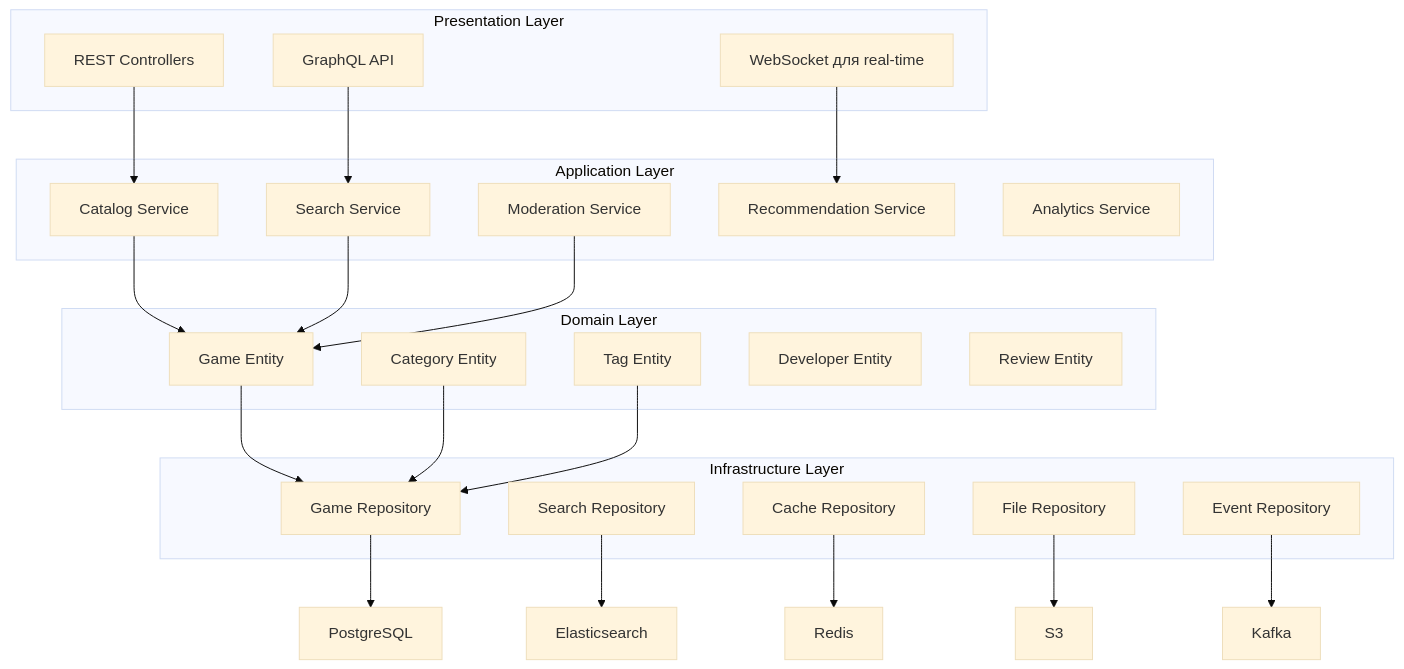
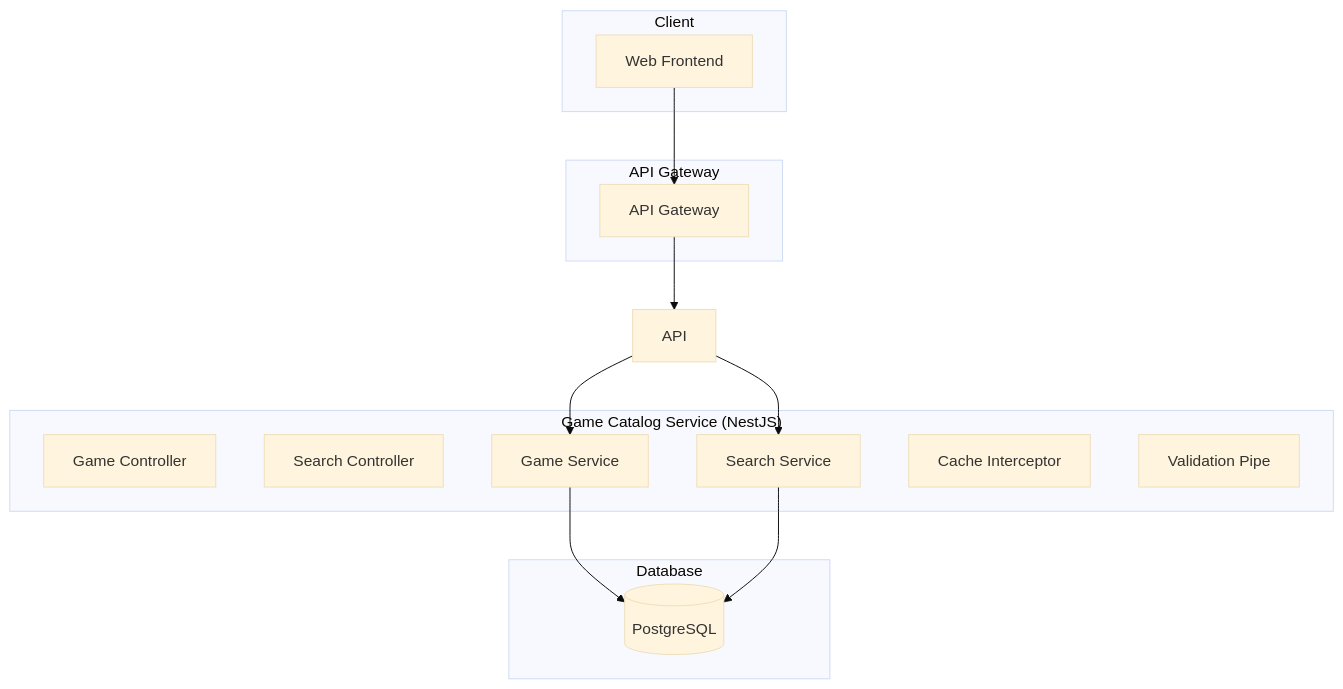
Before and after one commit to wizarding-anonymous/cryo: the diagram in .kiro/specs/game-catalog-service/design.md, drawn with Mermaid (base theme). The commit also changed other lines of this file and 801 other files, not shown here.

````diff
--- a/.kiro/specs/game-catalog-service/design.md
+++ b/.kiro/specs/game-catalog-service/design.md
@@ -88,50 +13,30 @@
 ```mermaid
 graph TB
-    subgraph "Presentation Layer"
-        REST[REST Controllers]
-        GraphQL[GraphQL API]
-        WebSocket[WebSocket для real-time]
+    subgraph "Client"
+        Web[Web Frontend]
     end
     
-    subgraph "Application Layer"
-        CatalogService[Catalog Service]
-        SearchService[Search Service]
-        ModerationService[Moderation Service]
-        RecommendationService[Recommendation Service]
-        AnalyticsService[Analytics Service]
+    subgraph "API Gateway"
+        Gateway[API Gateway]
     end
     
-    subgraph "Domain Layer"
-        Game[Game Entity]
-        Category[Category Entity]
-        Tag[Tag Entity]
-        Developer[Developer Entity]
-        Review[Review Entity]
+    subgraph "Game Catalog Service (NestJS)"
+        GameController[Game Controller]
+        SearchController[Search Controller]
+        GameService[Game Service]
+        SearchService[Search Service]
+        CacheInterceptor[Cache Interceptor]
+        ValidationPipe[Validation Pipe]
     end
     
-    subgraph "Infrastructure Layer"
-        GameRepo[Game Repository]
-        SearchRepo[Search Repository]
-        CacheRepo[Cache Repository]
-        FileRepo[File Repository]
-        EventRepo[Event Repository]
+    subgraph "Database"
+        PostgreSQL[(PostgreSQL)]
     end
     
-    REST --> CatalogService
-    GraphQL --> SearchService
-    WebSocket --> RecommendationService
-    
-    CatalogService --> Game
-    SearchService --> Game
-    ModerationService --> Game
-    
-    Game --> GameRepo
-    Category --> GameRepo
-    Tag --> GameRepo
-    
-    GameRepo --> PostgreSQL
-    SearchRepo --> Elasticsearch
-    CacheRepo --> Redis
-    FileRepo --> S3
-    EventRepo --> Kafka
+    Web --> Gateway
+    Gateway --> API
+    API --> GameService
+    API --> SearchService
+    GameService --> PostgreSQL
+    SearchService --> PostgreSQL
 ```
````
